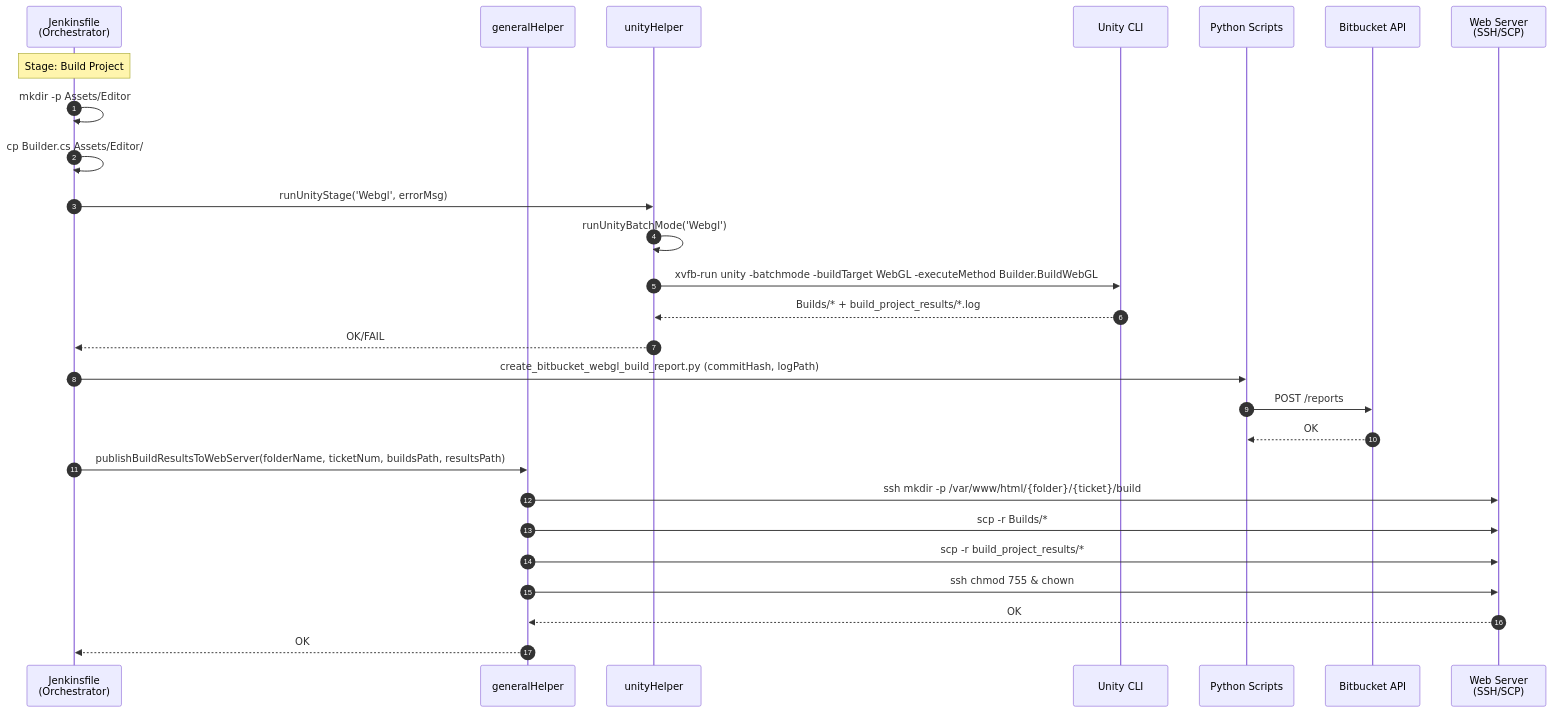
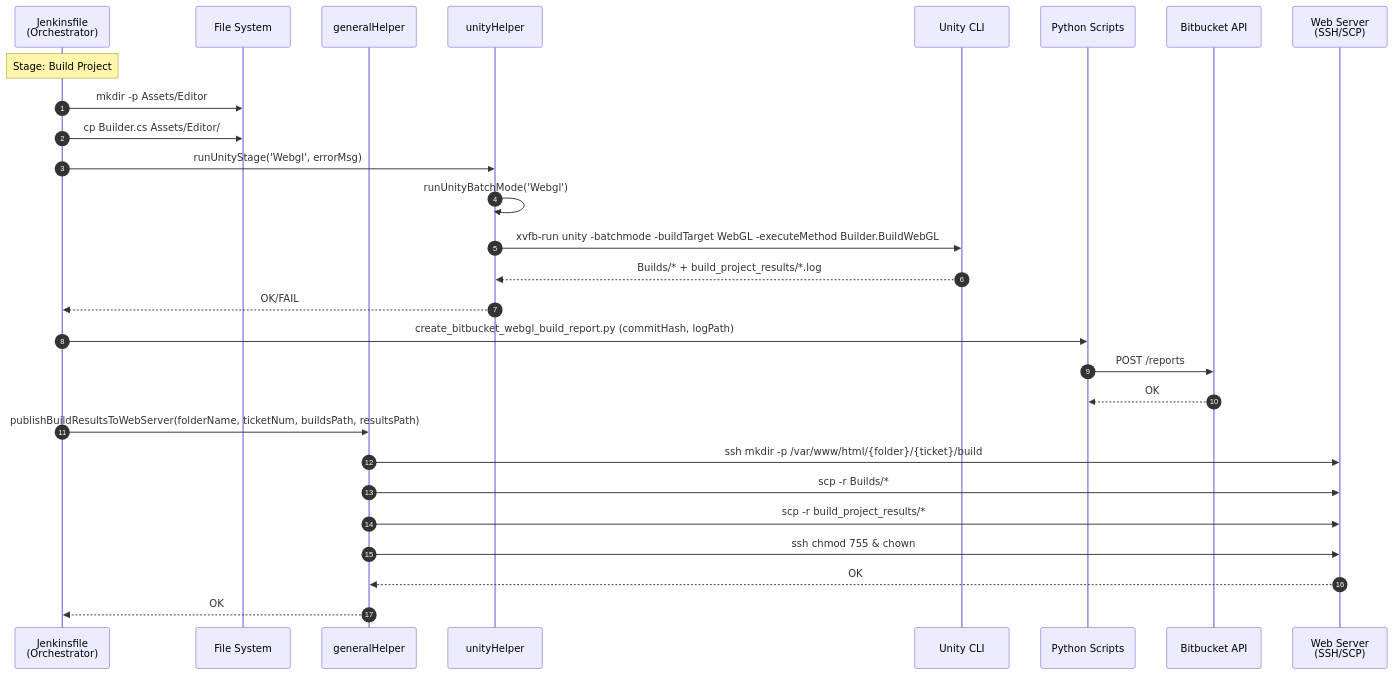
One commit to JindoKimKor/Self-Binnacle changed the seventh of 8 diagrams in Voyages/Projects/VARLab-work-transfer/portfolios/devops-jenkins-linux/4-layer-architecture-and-logger-system-integration/problem-analysis/pipeline-sequence-diagrams/dlx-ci.md. Above: the diagram before and after it, drawn with Mermaid. The commit also changed other lines of this file and 55 other files, not shown here.

First line of the commit message:
refactor(4-layer-architecture): Standardize analysis document naming and format

````diff
--- a/Voyages/Projects/VARLab-work-transfer/portfolios/devops-jenkins-linux/4-layer-architecture-and-logger-system-integration/problem-analysis/pipeline-sequence-diagrams/dlx-ci.md
+++ b/Voyages/Projects/VARLab-work-transfer/portfolios/devops-jenkins-linux/4-layer-architecture-and-logger-system-integration/problem-analysis/pipeline-sequence-diagrams/dlx-ci.md
@@ -250,35 +274,36 @@
 ```mermaid
 sequenceDiagram
     autonumber
 
     participant JF as Jenkinsfile<br/>(Orchestrator)
+    participant FS as File System
     participant GH as generalHelper
     participant UH as unityHelper
     participant Unity as Unity CLI
     participant Python as Python Scripts
     participant BB as Bitbucket API
     participant WS as Web Server<br/>(SSH/SCP)
 
     Note over JF: Stage: Build Project
 
-    JF->>JF: mkdir -p Assets/Editor
-    JF->>JF: cp Builder.cs Assets/Editor/
+    JF->>FS: mkdir -p Assets/Editor
+    JF->>FS: cp Builder.cs Assets/Editor/
 
     JF->>UH: runUnityStage('Webgl', errorMsg)
     UH->>UH: runUnityBatchMode('Webgl')
     UH->>Unity: xvfb-run unity -batchmode -buildTarget WebGL -executeMethod Builder.BuildWebGL
     Unity-->>UH: Builds/* + build_project_results/*.log
     UH-->>JF: OK/FAIL
 
     JF->>Python: create_bitbucket_webgl_build_report.py (commitHash, logPath)
     Python->>BB: POST /reports
     BB-->>Python: OK
 
     JF->>GH: publishBuildResultsToWebServer(folderName, ticketNum, buildsPath, resultsPath)
     GH->>WS: ssh mkdir -p /var/www/html/{folder}/{ticket}/build
     GH->>WS: scp -r Builds/*
     GH->>WS: scp -r build_project_results/*
     GH->>WS: ssh chmod 755 & chown
     WS-->>GH: OK
     GH-->>JF: OK
 ```
````
